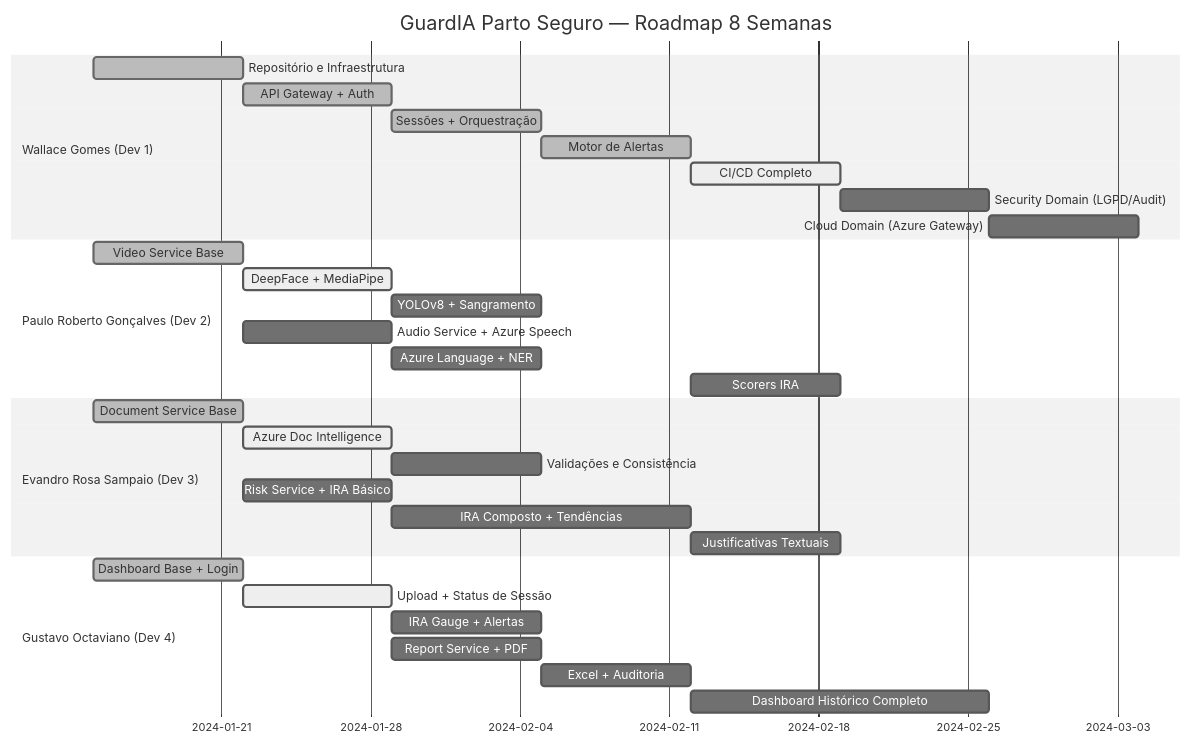
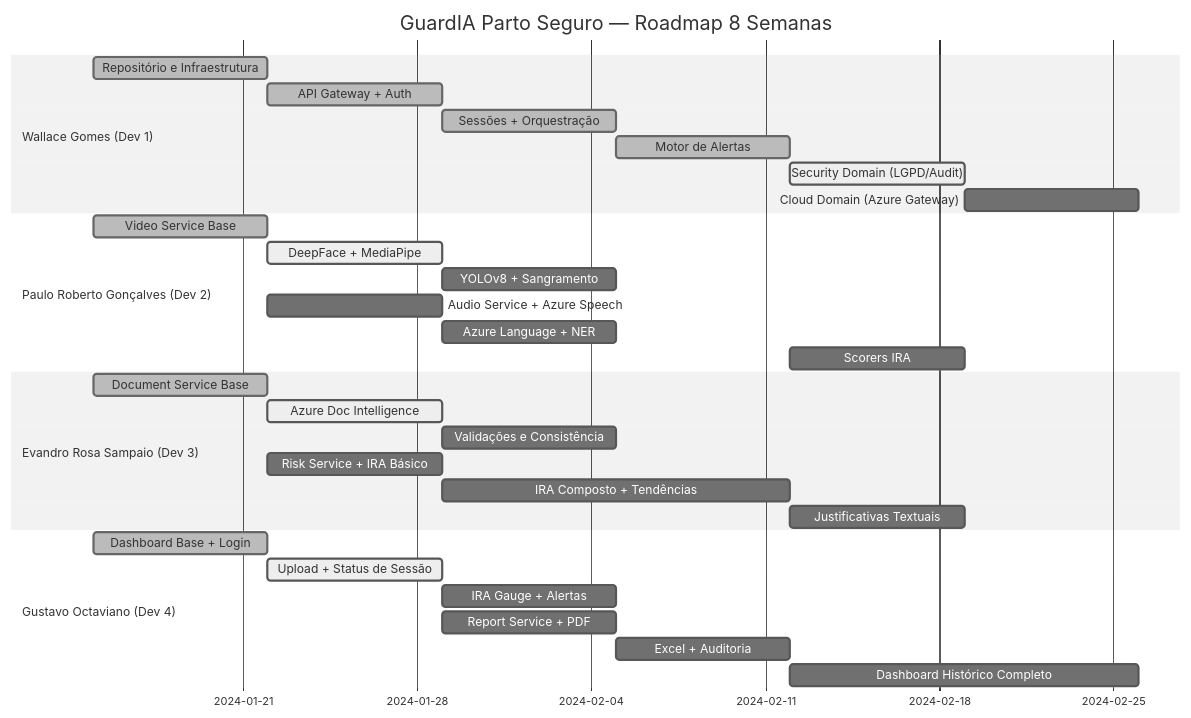
The diagram in docs/ROADMAP.md (Wallace82/guardia-parto-seguro), drawn with Mermaid (neutral theme) before and after one commit. The commit also changed other lines of this file and 8 other files, not shown here.

Commit message:
docs: initialize project roadmap, requirements, architecture, and team plan while scaffolding core backend services and infra structure.

````diff
--- a/docs/ROADMAP.md
+++ b/docs/ROADMAP.md
@@ -9,37 +9,36 @@
 ```mermaid
 gantt
     title GuardIA Parto Seguro — Roadmap 8 Semanas
     dateFormat  YYYY-MM-DD
     section Wallace Gomes (Dev 1)
     Repositório e Infraestrutura     :done, a1, 2024-01-15, 7d
     API Gateway + Auth               :done, a2, after a1, 7d
     Sessões + Orquestração           :done, a3, after a2, 7d
     Motor de Alertas                 :done, a4, after a3, 7d
-    CI/CD Completo                   :active, a5, after a4, 7d
-    Security Domain (LGPD/Audit)     :a6, after a5, 7d
-    Cloud Domain (Azure Gateway)     :a7, after a6, 7d
+    Security Domain (LGPD/Audit)     :active, a5, after a4, 7d
+    Cloud Domain (Azure Gateway)     :a6, after a5, 7d
 
     section Paulo Roberto Gonçalves (Dev 2)
     Video Service Base               :done, b1, 2024-01-15, 7d
     DeepFace + MediaPipe             :active, b2, after b1, 7d
     YOLOv8 + Sangramento             :b3, after b2, 7d
     Audio Service + Azure Speech     :b4, 2024-01-22, 7d
     Azure Language + NER             :b5, after b4, 7d
     Scorers IRA                      :b6, 2024-02-12, 7d
 
     section Evandro Rosa Sampaio (Dev 3)
     Document Service Base            :done, c1, 2024-01-15, 7d
     Azure Doc Intelligence           :active, c2, after c1, 7d
     Validações e Consistência        :c3, after c2, 7d
     Risk Service + IRA Básico        :c4, 2024-01-22, 7d
     IRA Composto + Tendências        :c5, after c4, 14d
     Justificativas Textuais          :c6, 2024-02-12, 7d
 
     section Gustavo Octaviano (Dev 4)
     Dashboard Base + Login           :done, d1, 2024-01-15, 7d
     Upload + Status de Sessão        :active, d2, after d1, 7d
     IRA Gauge + Alertas              :d3, after d2, 7d
     Report Service + PDF             :d4, 2024-01-29, 7d
     Excel + Auditoria                :d5, after d4, 7d
     Dashboard Histórico Completo     :d6, 2024-02-12, 14d
 ```
````
